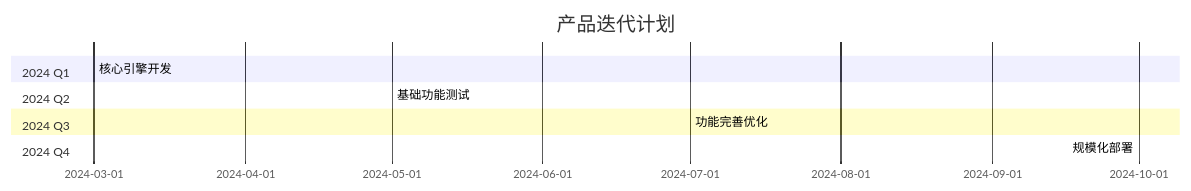
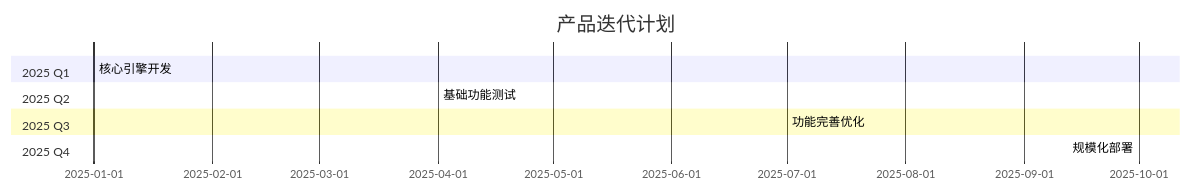
Before and after one commit to EXLF/AI-Airdrop: the second of 2 diagrams in whitepaper.md, drawn with Mermaid. The commit also changed other lines of this file, not shown here.

Commit message:
docs: 更新白皮书发展路线至2025年

````diff
--- a/whitepaper.md
+++ b/whitepaper.md
@@ -140,13 +140,13 @@
 ```mermaid
 gantt
     title 产品迭代计划
     dateFormat  YYYY-MM
-    section 2024 Q1
-    核心引擎开发    :2024-03, 2m
-    section 2024 Q2
-    基础功能测试    :2024-05, 2m
-    section 2024 Q3
-    功能完善优化    :2024-07, 3m
-    section 2024 Q4
-    规模化部署     :2024-10, 3m
+    section 2025 Q1
+    核心引擎开发    :2025-01, 2m
+    section 2025 Q2
+    基础功能测试    :2025-04, 2m
+    section 2025 Q3
+    功能完善优化    :2025-07, 3m
+    section 2025 Q4
+    规模化部署     :2025-10, 3m
 ```
````
